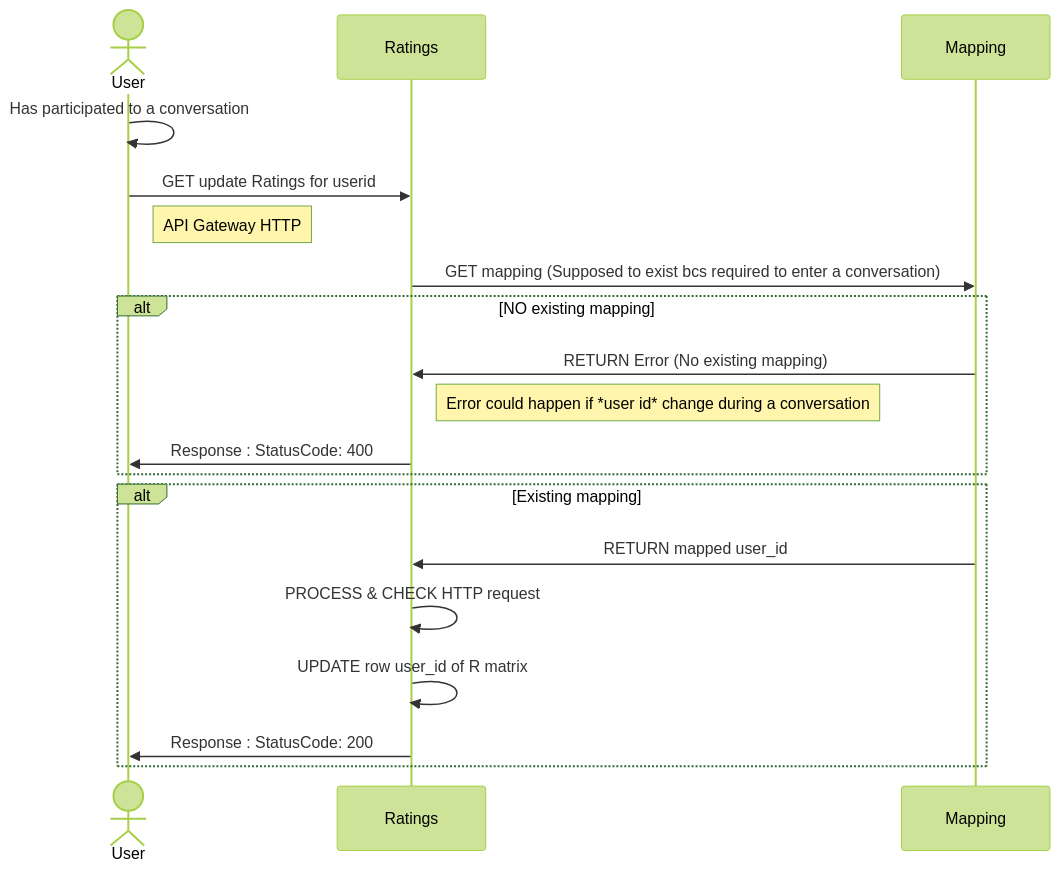
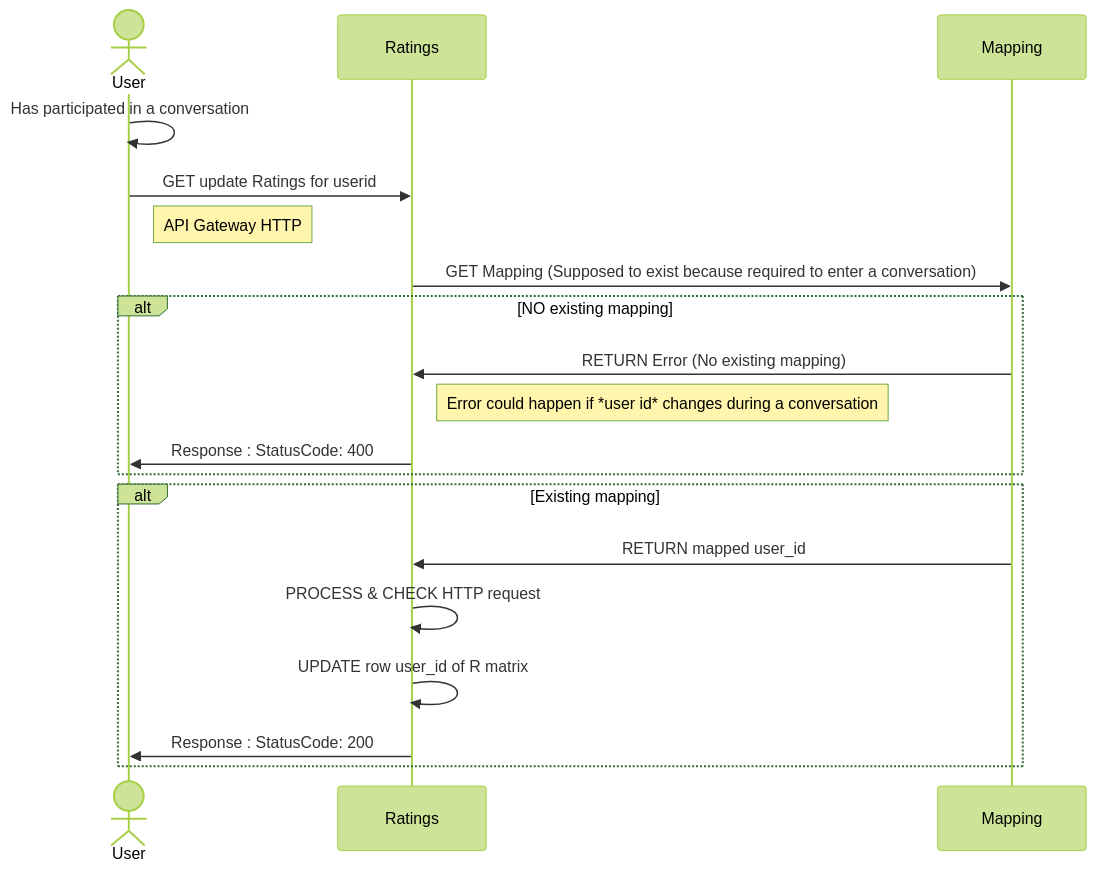
Before and after one commit to AdrKacz/super-duper-guacamole: the second of 3 diagrams in recommender-system/README.md, drawn with Mermaid (forest theme). The commit also changed other lines of this file, not shown here.

````diff
--- a/recommender-system/README.md
+++ b/recommender-system/README.md
@@ -45,22 +46,22 @@
 ```mermaid
 sequenceDiagram
       actor User as User
       participant R as Ratings
       participant m as Mapping
-      User ->> User: Has participated to a conversation
+      User ->> User: Has participated in a conversation
       User ->> R: GET update Ratings for userid
       Note right of User: API Gateway HTTP
-      R ->> m: GET mapping (Supposed to exist bcs required to enter a conversation)
+      R ->> m: GET Mapping (Supposed to exist because required to enter a conversation)
       alt NO existing mapping
       m ->> R: RETURN Error (No existing mapping)
-      Note right of R: Error could happen if *user id* change during a conversation
+      Note right of R: Error could happen if *user id* changes during a conversation
       R ->> User: Response : StatusCode: 400
       end
 
       alt Existing mapping
       m ->> R: RETURN mapped user_id
       R ->> R: PROCESS & CHECK HTTP request
       R ->> R: UPDATE row user_id of R matrix
       R ->> User: Response : StatusCode: 200
       end
 ```
````
